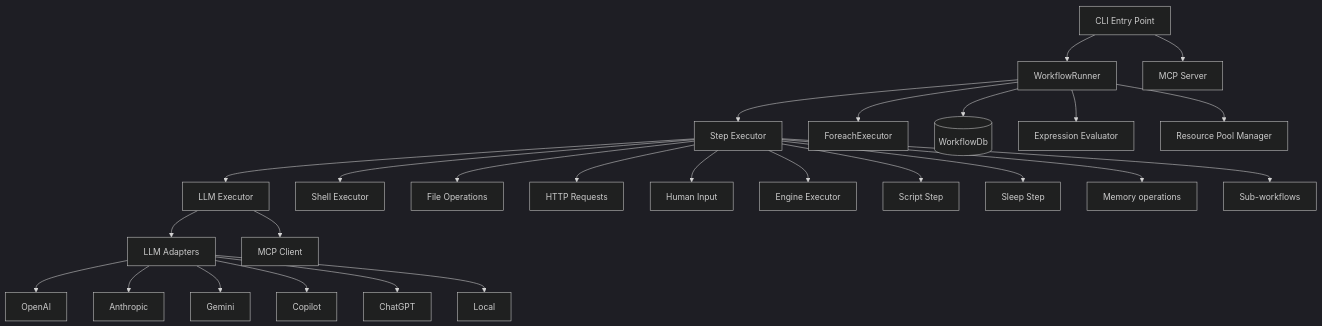
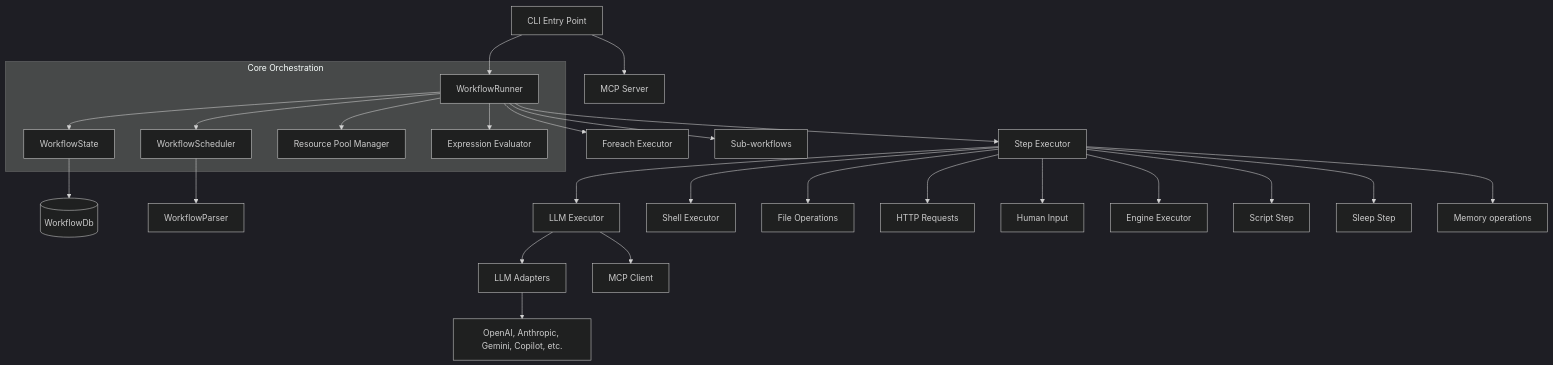
One commit to zookanalytics/keystone-cli changed the diagram in README.md. Above: the diagram before and after it, drawn with Mermaid (dark theme). The commit also changed 15 other files, not shown here.

Commit message:
feat: Implement a dependency injection container, introduce a workflow scheduler, and enhance process sandboxing with worker support.

````diff
--- a/README.md
+++ b/README.md
@@ -970,28 +970,33 @@
 ```mermaid
 graph TD
     CLI[CLI Entry Point] --> WR[WorkflowRunner]
-    CLI --> MCP[MCP Server]
-    WR --> SE[Step Executor]
-    WR --> FE[ForeachExecutor]
-    WR --> DB[(WorkflowDb)]
-    SE --> LLM[LLM Executor]
-    SE --> Shell[Shell Executor]
-    SE --> File[File Operations]
-    SE --> HTTP[HTTP Requests]
-    SE --> Human[Human Input]
-    SE --> Engine[Engine Executor]
-    SE --> Script[Script Step]
-    SE --> Sleep[Sleep Step]
-    SE --> Memory[Memory operations]
-    SE --> Workflow[Sub-workflows]
+    CLI --> MCPServer[MCP Server]
+
+    subgraph "Core Orchestration"
+        WR --> Scheduler[WorkflowScheduler]
+        WR --> State[WorkflowState]
+        WR --> Pool[Resource Pool Manager]
+        WR --> Eval[Expression Evaluator]
+    end
+
+    WR --> EX[Step Executor]
+    WR --> FE[Foreach Executor]
+    WR --> Workflow[Sub-workflows]
+
+    State --> DB[(WorkflowDb)]
+    Scheduler --> Parser[WorkflowParser]
+
+    EX --> LLM[LLM Executor]
+    EX --> Shell[Shell Executor]
+    EX --> File[File Operations]
+    EX --> HTTP[HTTP Requests]
+    EX --> Human[Human Input]
+    EX --> Engine[Engine Executor]
+    EX --> Script[Script Step]
+    EX --> Sleep[Sleep Step]
+    EX --> Memory[Memory operations]
+
     LLM --> Adapters[LLM Adapters]
-    Adapters --> OpenAI
-    Adapters --> Anthropic
-    Adapters --> Gemini
-    Adapters --> Copilot
-    Adapters --> ChatGPT
-    Adapters --> Local
+    Adapters --> Providers[OpenAI, Anthropic, Gemini, Copilot, etc.]
     LLM --> MCPClient[MCP Client]
-    WR --> Eval[Expression Evaluator]
-    WR --> Pool[Resource Pool Manager]
 ```
````
